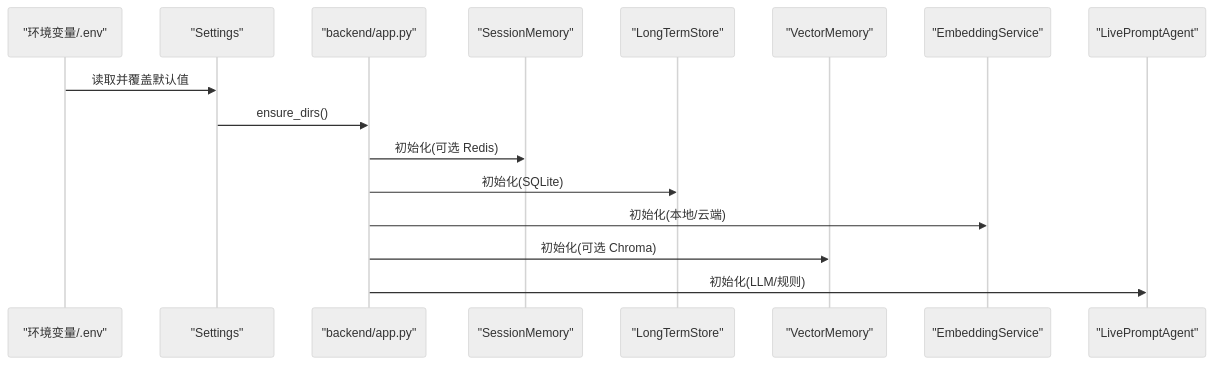
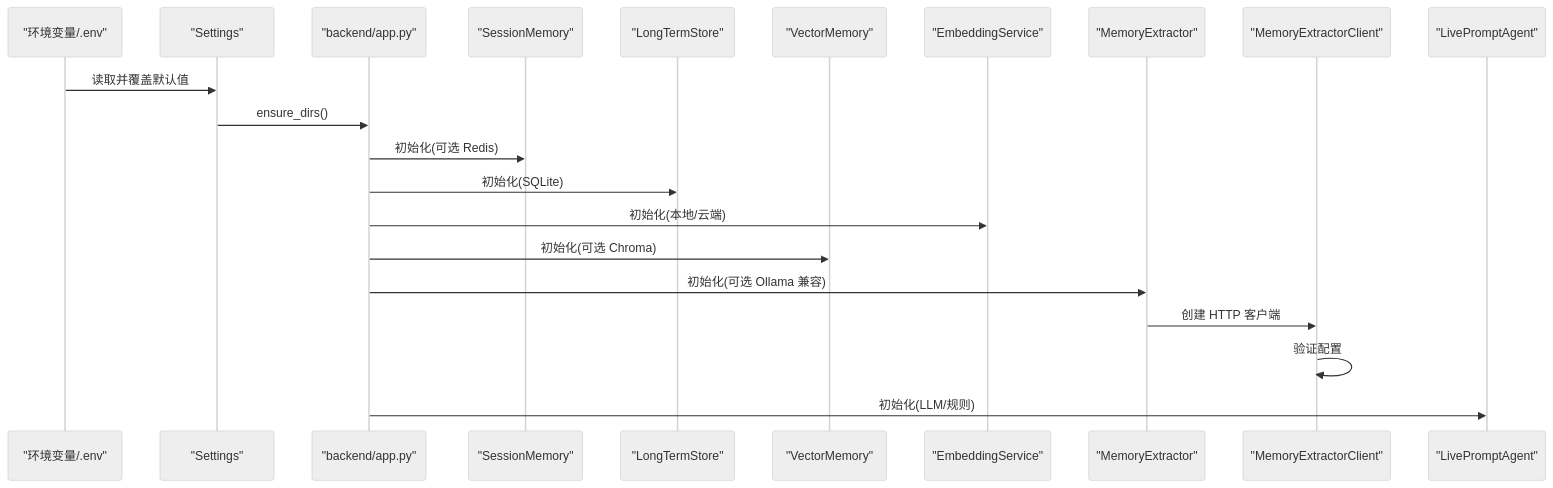
One commit to Moon-Force/DouYin_llm changed the second of 3 diagrams in .qoder/repowiki/zh/content/配置管理/配置管理.md. Above: the diagram before and after it, drawn with Mermaid (neutral theme). The commit also changed other lines of this file and 35 other files, not shown here.

Commit message:
feat: finalize ollama memory extraction evaluation

````diff
--- a/.qoder/repowiki/zh/content/配置管理/配置管理.md
+++ b/.qoder/repowiki/zh/content/配置管理/配置管理.md
@@ -82,18 +98,23 @@
 ```mermaid
 sequenceDiagram
 participant Env as "环境变量/.env"
 participant Settings as "Settings"
 participant App as "backend/app.py"
 participant SM as "SessionMemory"
 participant LTS as "LongTermStore"
 participant VM as "VectorMemory"
 participant ES as "EmbeddingService"
+participant ME as "MemoryExtractor"
+participant Client as "MemoryExtractorClient"
 participant Agent as "LivePromptAgent"
 Env->>Settings : 读取并覆盖默认值
 Settings->>App : ensure_dirs()
 App->>SM : 初始化(可选 Redis)
 App->>LTS : 初始化(SQLite)
 App->>ES : 初始化(本地/云端)
 App->>VM : 初始化(可选 Chroma)
+App->>ME : 初始化(可选 Ollama 兼容)
+ME->>Client : 创建 HTTP 客户端
+Client->>Client : 验证配置
 App->>Agent : 初始化(LLM/规则)
 ```
````
